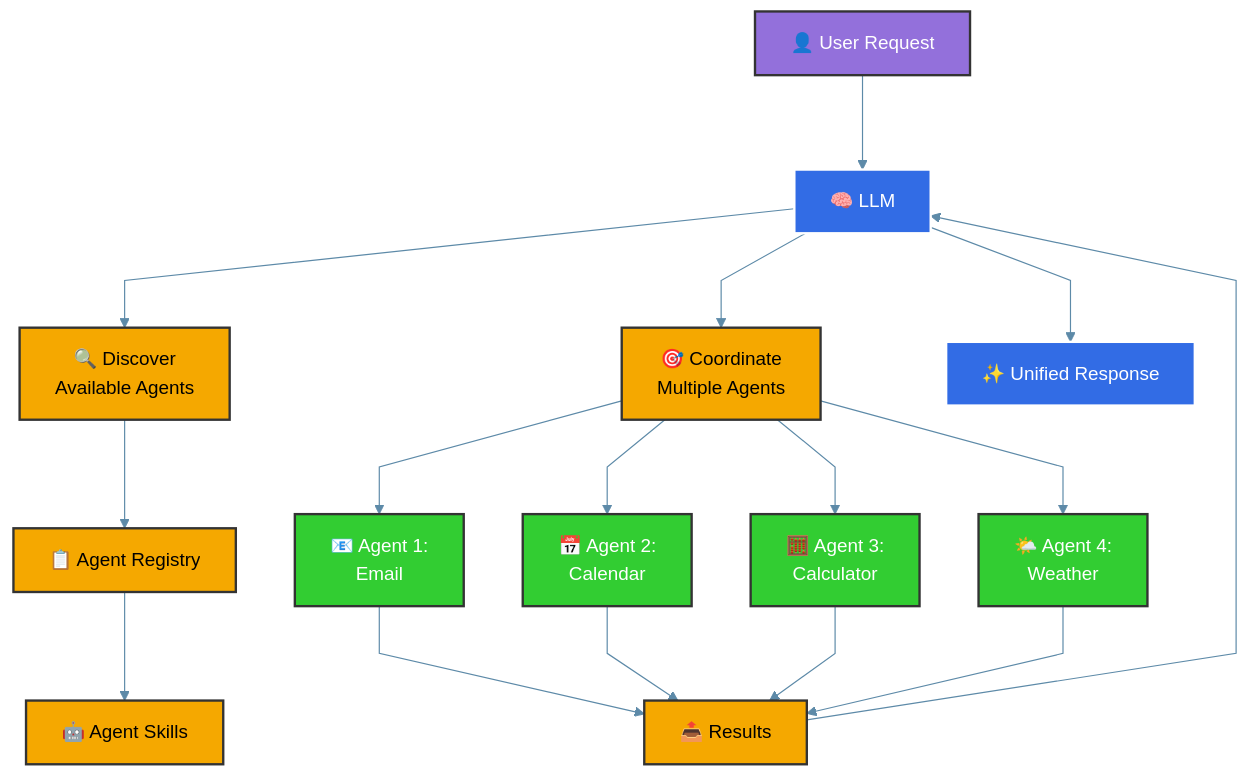
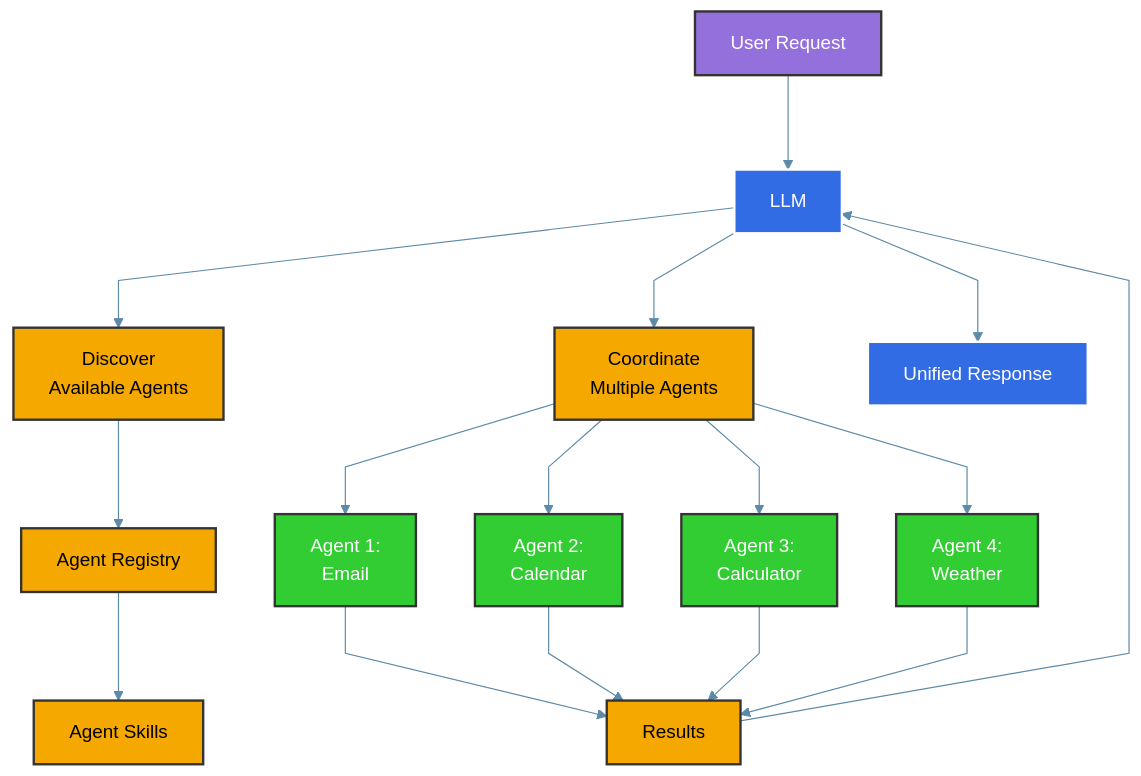
One commit to inference-gateway/docs changed the diagram in markdown/a2a.mdx. Above: the diagram before and after it, drawn with Mermaid. The commit also changed other lines of this file and 2 other files, not shown here.

````diff
--- a/markdown/a2a.mdx
+++ b/markdown/a2a.mdx
@@ -20,30 +20,30 @@
 ```mermaid
 %%{init: {'theme': 'base', 'themeVariables': { 'primaryColor': '#326CE5', 'primaryTextColor': '#fff', 'lineColor': '#5D8AA8', 'secondaryColor': '#006100' }, 'flowchart': { 'nodeSpacing': 50, 'rankSpacing': 80, 'curve': 'linear' }}}%%
 
 graph TD
-    A[👤 User Request] --> B[🧠 LLM]
-    B --> C[🔍 Discover<br/>Available Agents]
-    C --> D[📋 Agent Registry]
-    D --> E[🤖 Agent Skills]
-    B --> F[🎯 Coordinate<br/>Multiple Agents]
-    F --> G[📧 Agent 1:<br/>Email]
-    F --> H[📅 Agent 2:<br/>Calendar]
-    F --> I[🧮 Agent 3:<br/>Calculator]
-    F --> J[🌤️ Agent 4:<br/>Weather]
-    G --> K[📤 Results]
+    A[User Request] --> B[LLM]
+    B --> C[Discover<br/>Available Agents]
+    C --> D[Agent Registry]
+    D --> E[Agent Skills]
+    B --> F[Coordinate<br/>Multiple Agents]
+    F --> G[Agent 1:<br/>Email]
+    F --> H[Agent 2:<br/>Calendar]
+    F --> I[Agent 3:<br/>Calculator]
+    F --> J[Agent 4:<br/>Weather]
+    G --> K[Results]
     H --> K
     I --> K
     J --> K
     K --> B
-    B --> L[✨ Unified Response]
+    B --> L[Unified Response]
 
     classDef user fill:#9370DB,stroke:#333,stroke-width:2px,color:white;
     classDef llm fill:#326CE5,stroke:#fff,stroke-width:2px,color:white;
     classDef agent fill:#32CD32,stroke:#333,stroke-width:2px,color:white;
     classDef system fill:#F5A800,stroke:#333,stroke-width:2px,color:black;
 
     class A user;
     class B,L llm;
     class G,H,I,J agent;
     class C,D,E,F,K system;
 ```
````
